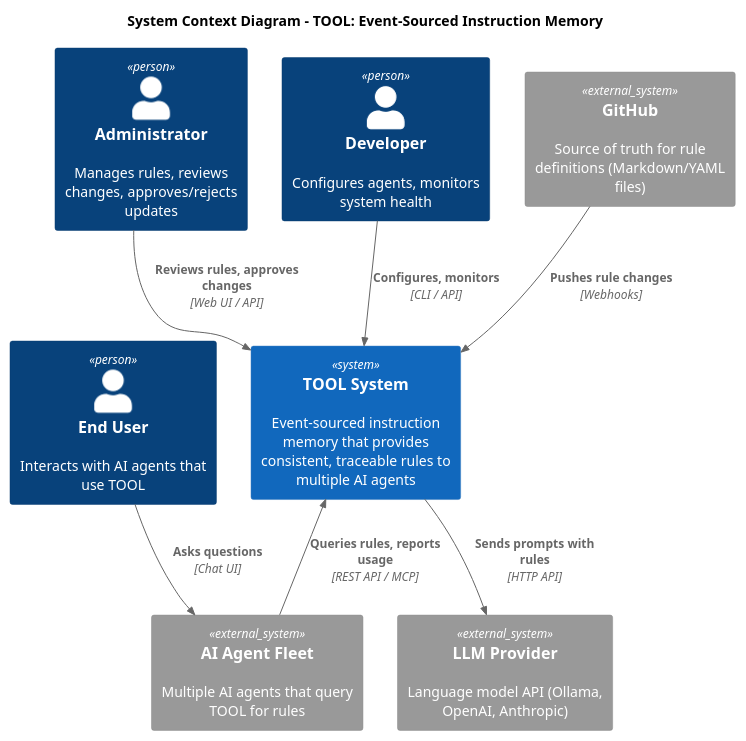
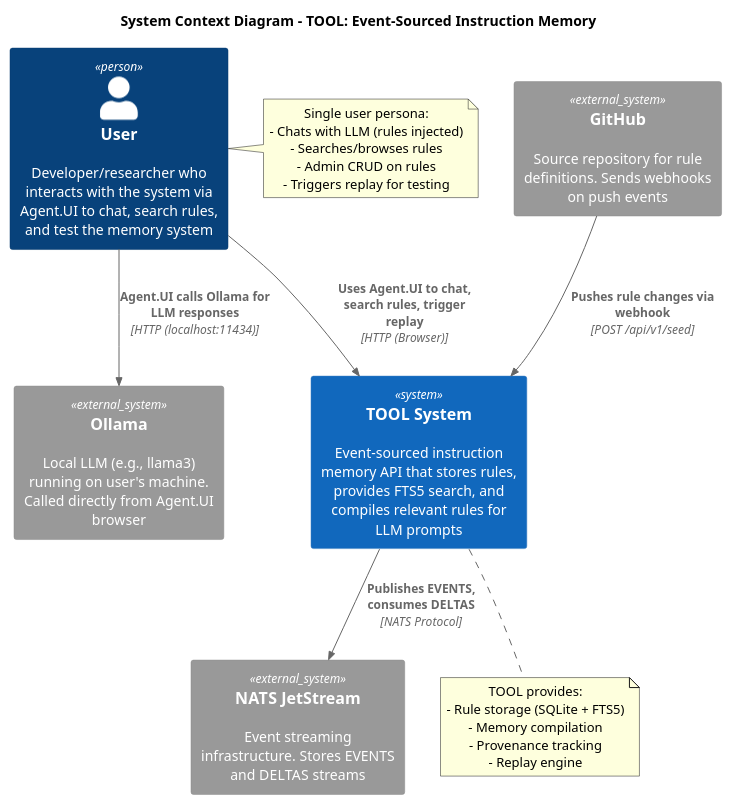
One commit to ravvnen/TOOL changed the diagram in diagrams/c4_1_context.puml. Above: the diagram before and after it, drawn with PlantUML. The commit also changed 5 other files, not shown here.

First line of the commit message:
Fix PlantUML diagrams to reflect actual architecture

```diff
--- a/diagrams/c4_1_context.puml
+++ b/diagrams/c4_1_context.puml
@@ -1,27 +1,36 @@
 @startuml C4_Context
 !include https://raw.githubusercontent.com/plantuml-stdlib/C4-PlantUML/master/C4_Context.puml
 
 title System Context Diagram - TOOL: Event-Sourced Instruction Memory
 
-Person(admin, "Administrator", "Manages rules, reviews changes, approves/rejects updates")
-Person(developer, "Developer", "Configures agents, monitors system health")
-Person(enduser, "End User", "Interacts with AI agents that use TOOL")
+Person(user, "User", "Developer/researcher who interacts with the system via Agent.UI to chat, search rules, and test the memory system")
 
-System(tool, "TOOL System", "Event-sourced instruction memory that provides consistent, traceable rules to multiple AI agents")
+System(tool, "TOOL System", "Event-sourced instruction memory API that stores rules, provides FTS5 search, and compiles relevant rules for LLM prompts")
 
-System_Ext(github, "GitHub", "Source of truth for rule definitions (Markdown/YAML files)")
-System_Ext(llm, "LLM Provider", "Language model API (Ollama, OpenAI, Anthropic)")
-System_Ext(agents, "AI Agent Fleet", "Multiple AI agents that query TOOL for rules")
+System_Ext(github, "GitHub", "Source repository for rule definitions. Sends webhooks on push events")
+System_Ext(ollama, "Ollama", "Local LLM (e.g., llama3) running on user's machine. Called directly from Agent.UI browser")
+System_Ext(nats, "NATS JetStream", "Event streaming infrastructure. Stores EVENTS and DELTAS streams")
 
-Rel(admin, tool, "Reviews rules, approves changes", "Web UI / API")
-Rel(developer, tool, "Configures, monitors", "CLI / API")
-Rel(enduser, agents, "Asks questions", "Chat UI")
+Rel(user, tool, "Uses Agent.UI to chat, search rules, trigger replay", "HTTP (Browser)")
+Rel(user, ollama, "Agent.UI calls Ollama for LLM responses", "HTTP (localhost:11434)")
 
-Rel(github, tool, "Pushes rule changes", "Webhooks")
-Rel(tool, llm, "Sends prompts with rules", "HTTP API")
-Rel(agents, tool, "Queries rules, reports usage", "REST API / MCP")
+Rel(github, tool, "Pushes rule changes via webhook", "POST /api/v1/seed")
+Rel(tool, nats, "Publishes EVENTS, consumes DELTAS", "NATS Protocol")
 
-Lay_D(admin, tool)
-Lay_R(tool, agents)
+note right of user
+  Single user persona:
+  - Chats with LLM (rules injected)
+  - Searches/browses rules
+  - Admin CRUD on rules
+  - Triggers replay for testing
+end note
+
+note bottom of tool
+  TOOL provides:
+  - Rule storage (SQLite + FTS5)
+  - Memory compilation
+  - Provenance tracking
+  - Replay engine
+end note
 
 @enduml
```
